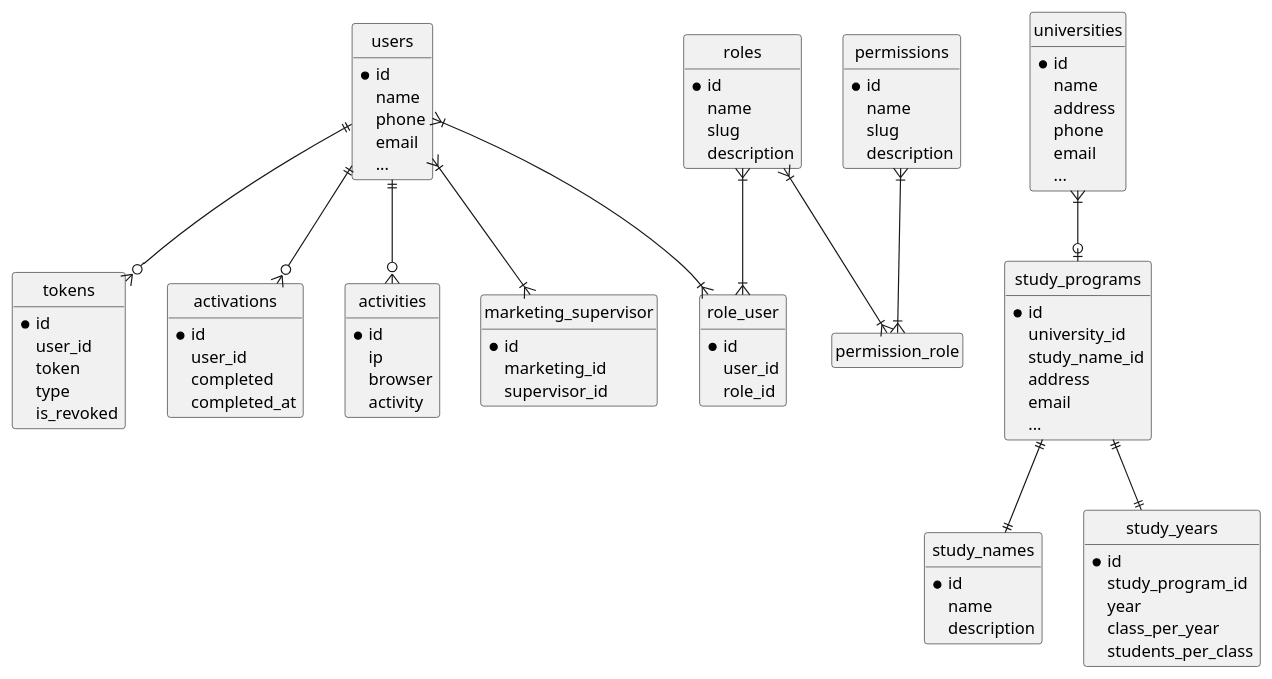
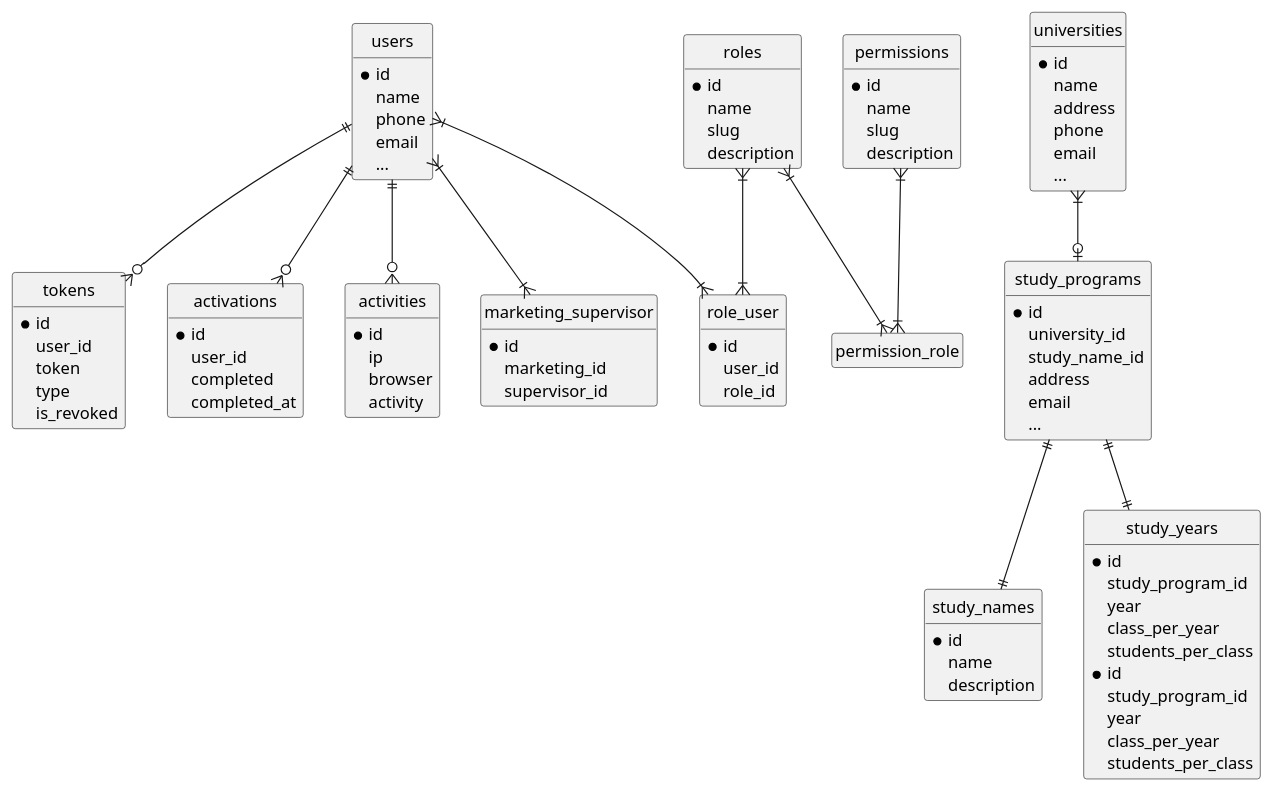
Before and after one commit to attanza/langsungjalan-api: the diagram in database/erd.plantuml, drawn with PlantUML. The commit also changed 10 other files, not shown here.

```diff
--- a/database/erd.plantuml
+++ b/database/erd.plantuml
@@ -1,107 +1,115 @@
 @startuml
 hide circle
 hide empty members
 
 entity users {
   *id
   name
   phone
   email
   ...
 }
 entity tokens {
   *id
   user_id
   token
   type
   is_revoked
 }
 
 entity activations {
   *id
   user_id
   completed
   completed_at
 }
 
 entity activities {
   *id
   ip
   browser
   activity
 }
 
 entity roles {
   *id
   name
   slug
   description
 }
 
 entity permissions {
   *id
   name
   slug
   description
 }
 
 entity role_user {
   *id
   user_id
   role_id
 }
 
 entity marketing_supervisor {
   *id
   marketing_id
   supervisor_id
 }
 
 entity universities {
   *id
   name
   address
   phone
   email
   ...
 }
 
 entity study_names {
   *id
   name
   description
 }
 
 entity study_programs {
   *id
   university_id
   study_name_id
   address
   email
   ...
 }
 
 entity study_years {
   *id
   study_program_id
   year
   class_per_year
   students_per_class
 }
 
+entity study_years {
+  *id
+  study_program_id
+  year
+  class_per_year
+  students_per_class
+}
+
 users                 ||--o{ tokens
 users                 ||--o{ activations
 users                 ||--o{ activities
 users                 }|--|{ role_user
 roles                 }|--|{ role_user
 roles                 }|--|{ permission_role
 permissions           }|--|{ permission_role
 users                 }|--|{ marketing_supervisor
 universities          }|--o| study_programs
 study_programs        ||--|| study_names
 study_programs        ||--|| study_years
 
 
 
 
 @enduml
```
